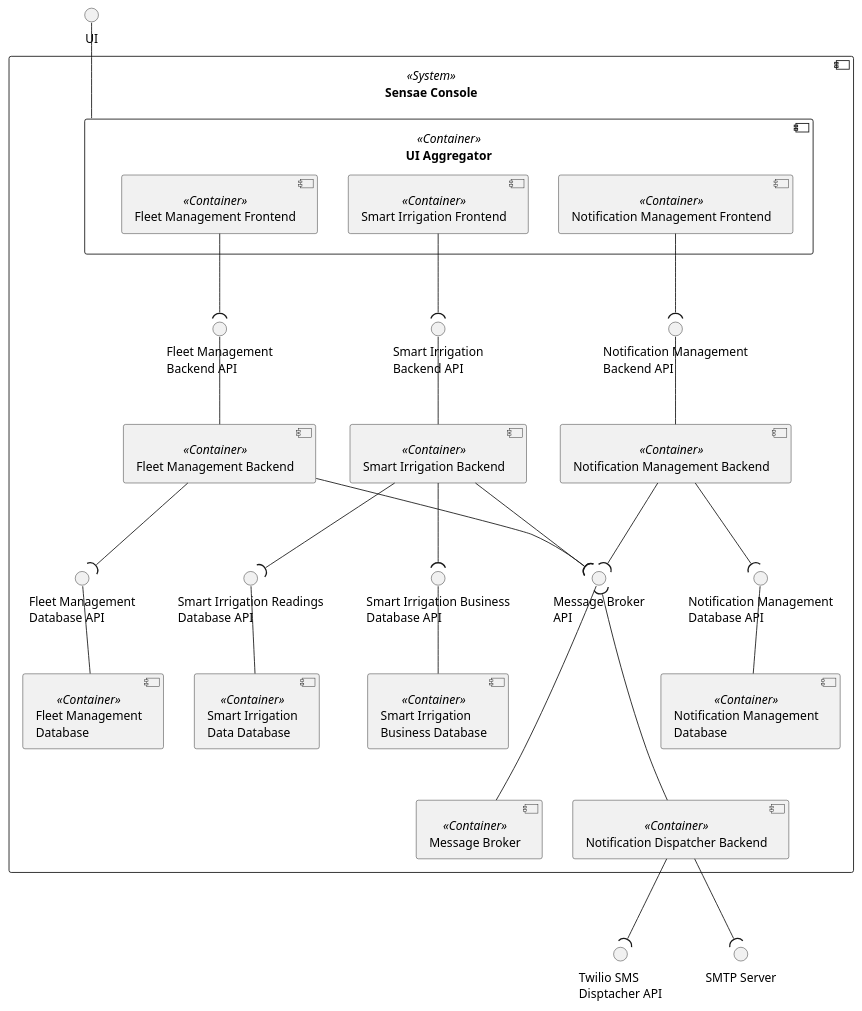
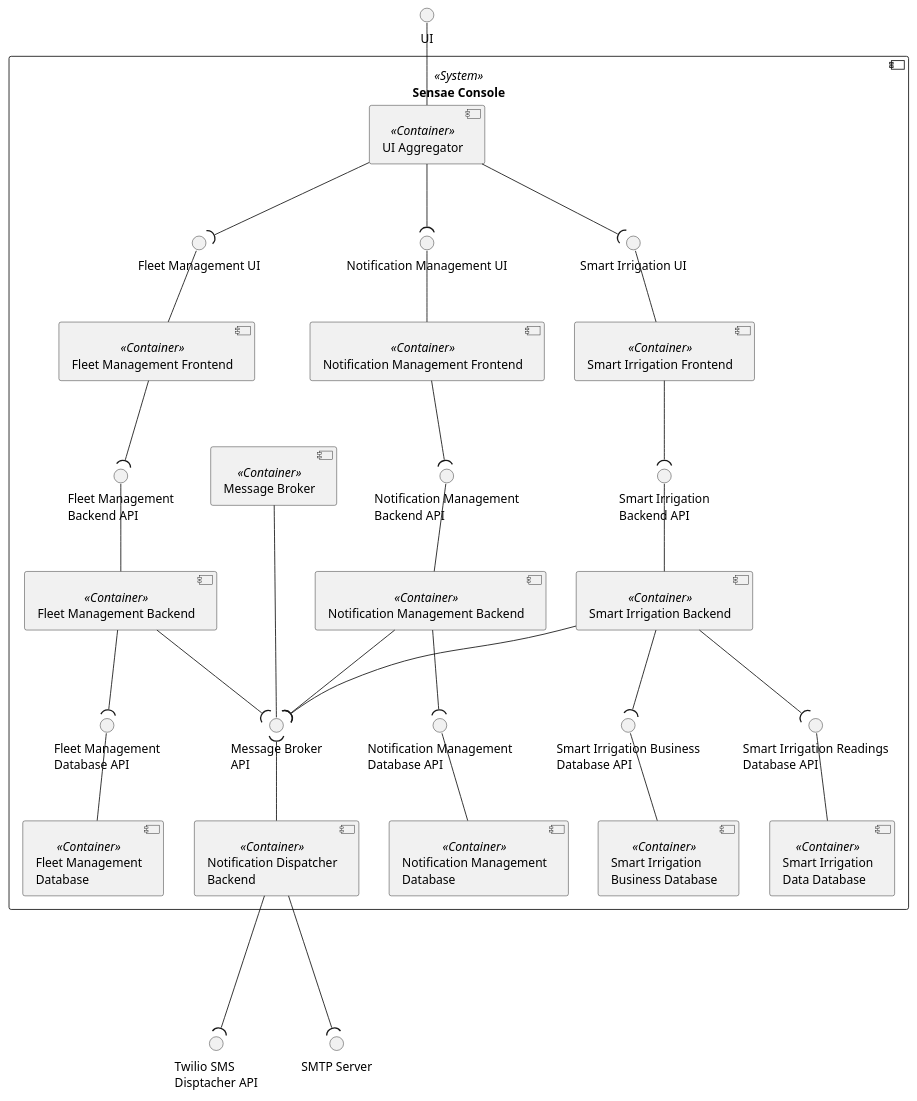
The diagram in assets/diagrams/design/architectural/level2/logical/service.pu (FilipeMCruz/dissertation), drawn with PlantUML before and after one commit. The commit also changed 84 other files, not shown here.

Commit message:
Fixed logical diagrams with UI aggregator

```diff
--- a/assets/diagrams/design/architectural/level2/logical/service.pu
+++ b/assets/diagrams/design/architectural/level2/logical/service.pu
@@ -1,66 +1,80 @@
 @startuml service
 
 skinparam sequenceMessageAlign center
 skinparam Shadowing false
 skinparam componentStyle uml2
 skinparam packageStyle rectangle
 
 interface "UI" as UI
 
 interface "Twilio SMS\nDisptacher API" as SMS_ENDPOINT
 interface "SMTP Server" as SMTP_ENDPOINT
 
 component "Sensae Console" <<System>> {
-    component "UI Aggregator" as UIAG <<Container>>  {
-        component "Fleet Management Frontend" as LTF <<Container>> 
-        component "Smart Irrigation Frontend" as SIF <<Container>> 
-        component "Notification Management Frontend" as NOTIF_MAN_FRONT <<Container>> 
-    }
-    component "Message Broker" as MB <<Container>> 
+    component "UI Aggregator" as UIAG <<Container>>
+    component "Fleet Management Frontend" as LTF <<Container>>
+    component "Smart Irrigation Frontend" as SIF <<Container>>
+    component "Notification Management Frontend" as NOTIF_MAN_FRONT <<Container>>
 
-    component "Fleet Management Backend" as LTB <<Container>> 
-    component "Smart Irrigation Backend" as SIB <<Container>> 
-    component "Fleet Management\nDatabase" as QUESTDB <<Container>> 
-    component "Smart Irrigation\nData Database" as SIDDB <<Container>> 
-    component "Smart Irrigation\nBusiness Database" as SIBDB <<Container>> 
+    interface "Fleet Management UI" as LTF_API
+    interface "Smart Irrigation UI" as SIF_API
+    interface "Notification Management UI" as NOTIF_MAN_FRONT_API
 
-    component "Notification Management Backend" as NOTIF_MAN_BACK <<Container>> 
-    component "Notification Management\nDatabase" as NOTIF_MAN_DB <<Container>> 
-    component "Notification Dispatcher Backend" as NOTIF_BACK <<Container>>  
+    LTF_API -- LTF
+    SIF_API -- SIF
+    NOTIF_MAN_FRONT_API -- NOTIF_MAN_FRONT
+
+    UIAG --( LTF_API
+    UIAG --( SIF_API
+    UIAG --( NOTIF_MAN_FRONT_API
+
+    component "Message Broker" as MB <<Container>>
+
+    component "Fleet Management Backend" as LTB <<Container>>
+    component "Smart Irrigation Backend" as SIB <<Container>>
+    component "Fleet Management\nDatabase" as QUESTDB <<Container>>
+    component "Smart Irrigation\nData Database" as SIDDB <<Container>>
+    component "Smart Irrigation\nBusiness Database" as SIBDB <<Container>>
+
+    component "Notification Management Backend" as NOTIF_MAN_BACK <<Container>>
+    component "Notification Management\nDatabase" as NOTIF_MAN_DB <<Container>>
+    component "Notification Dispatcher\nBackend" as NOTIF_BACK <<Container>>
 
     interface "Message Broker\nAPI" as MB_API
     interface "Fleet Management\nBackend API" as LTB_API
     interface "Smart Irrigation\nBackend API" as SIB_API
     interface "Fleet Management\nDatabase API" as QUESTDB_API
     interface "Smart Irrigation Readings\nDatabase API" as SIDDB_API
     interface "Smart Irrigation Business\nDatabase API" as SIBDB_API
     interface "Notification Management\nBackend API" as NOTIF_MAN_BACK_API
     interface "Notification Management\nDatabase API" as NOTIF_MAN_DB_API
 
     LTB --( QUESTDB_API
     NOTIF_MAN_BACK --( NOTIF_MAN_DB_API
     SIB --( SIDDB_API
     SIB --( SIBDB_API
-    MB_API --- MB
+    MB --- MB_API
     NOTIF_MAN_BACK_API -- NOTIF_MAN_BACK
     LTB_API -- LTB
     SIB_API -- SIB
     UI -- UIAG
     QUESTDB_API -- QUESTDB
     NOTIF_MAN_DB_API -- NOTIF_MAN_DB
     SIDDB_API -- SIDDB
     SIBDB_API -- SIBDB
     LTF --( LTB_API
     SIF --( SIB_API
     NOTIF_MAN_FRONT --( NOTIF_MAN_BACK_API
 
     LTB --( MB_API
     SIB --( MB_API
     NOTIF_MAN_BACK --( MB_API
-    MB_API )--- NOTIF_BACK
+    MB_API )-- NOTIF_BACK
 
-    NOTIF_BACK --( SMS_ENDPOINT
-    NOTIF_BACK --( SMTP_ENDPOINT
+    NOTIF_BACK ---( SMS_ENDPOINT
+    NOTIF_BACK ---( SMTP_ENDPOINT
+
+    NOTIF_MAN_BACK -[hidden] SIB
 }
 
 @enduml
```
